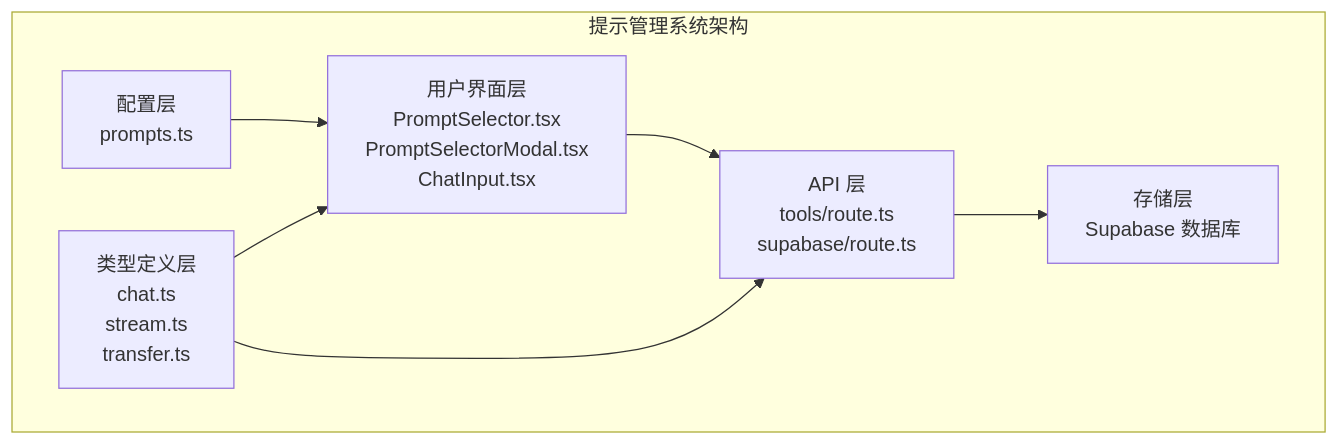
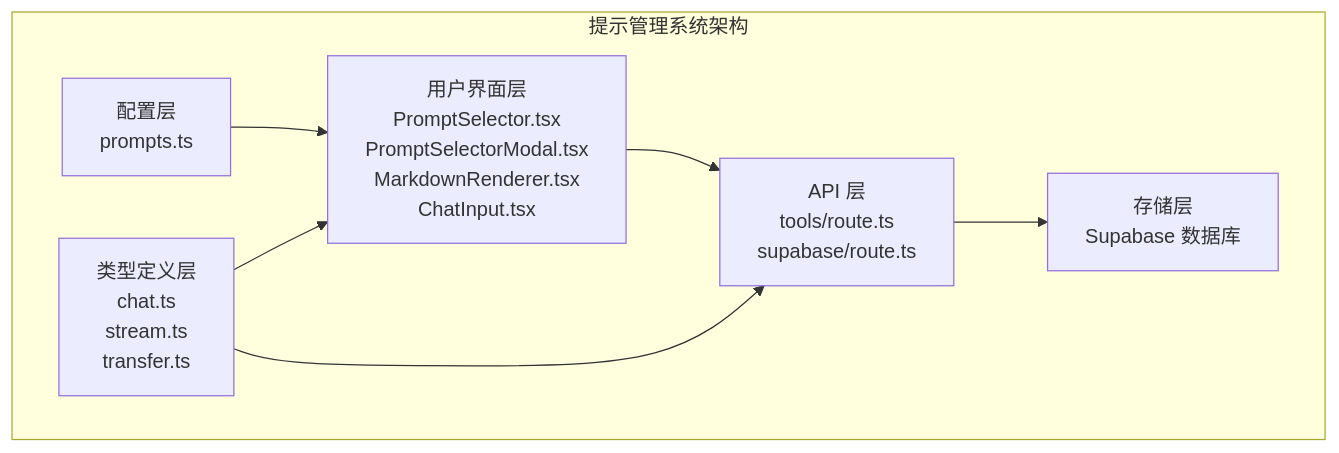
One commit to CryptoLinxu/Web3-AI-Agent changed the first of 11 diagrams in .qoder/repowiki/zh/content/项目概述/整体架构概览/Web应用程序/提示管理系统.md. Above: the diagram before and after it, drawn with Mermaid. The commit also changed other lines of this file and 10 other files, not shown here.

````diff
--- a/.qoder/repowiki/zh/content/项目概述/整体架构概览/Web应用程序/提示管理系统.md
+++ b/.qoder/repowiki/zh/content/项目概述/整体架构概览/Web应用程序/提示管理系统.md
@@ -41,15 +53,15 @@
 ```mermaid
 graph TB
 subgraph "提示管理系统架构"
 Config[配置层<br/>prompts.ts]
-UI[用户界面层<br/>PromptSelector.tsx<br/>PromptSelectorModal.tsx<br/>ChatInput.tsx]
+UI[用户界面层<br/>PromptSelector.tsx<br/>PromptSelectorModal.tsx<br/>MarkdownRenderer.tsx<br/>ChatInput.tsx]
 Types[类型定义层<br/>chat.ts<br/>stream.ts<br/>transfer.ts]
 API[API 层<br/>tools/route.ts<br/>supabase/route.ts]
 Storage[存储层<br/>Supabase 数据库]
 end
 Config --> UI
 UI --> API
 API --> Storage
 Types --> UI
 Types --> API
 ```
````
